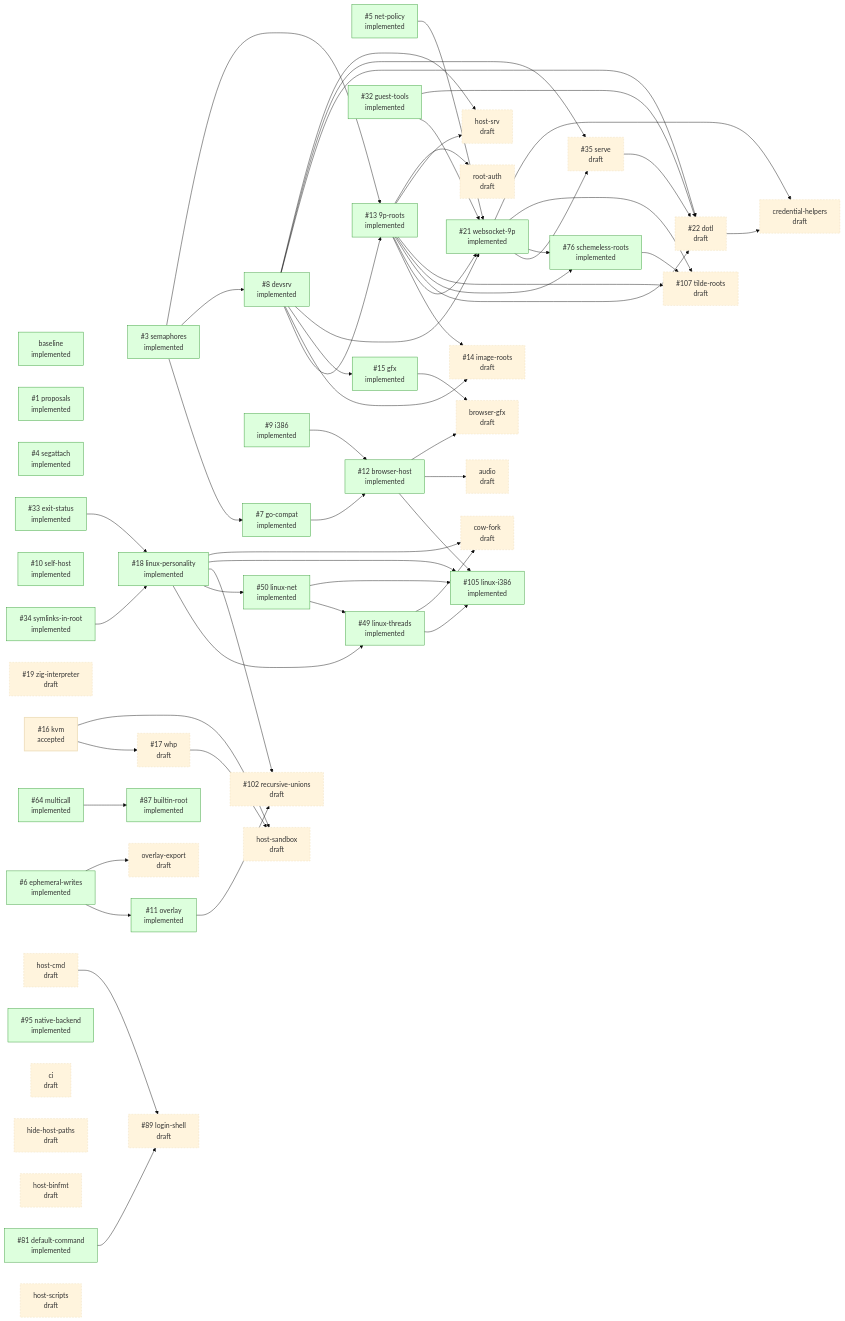
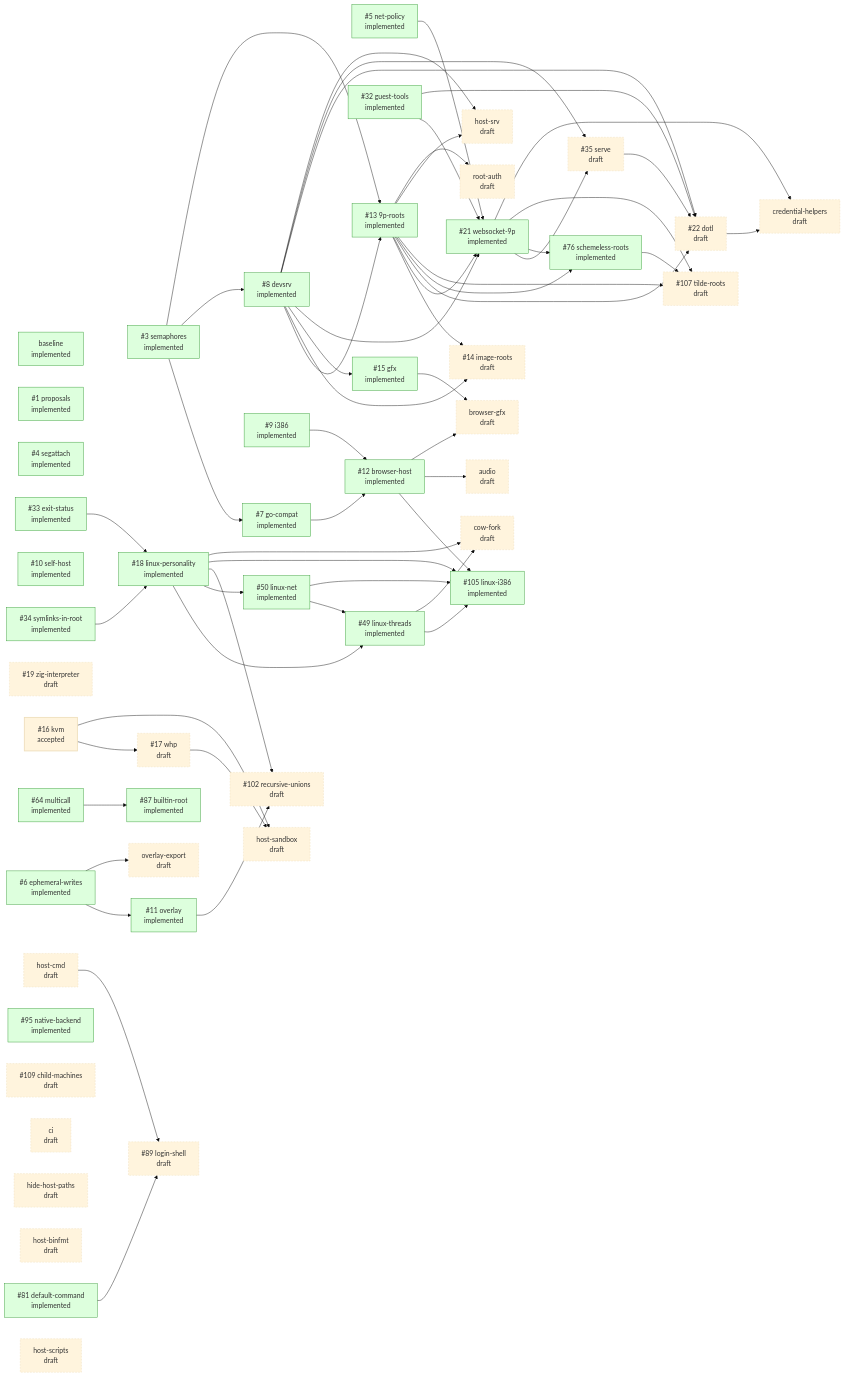
The diagram in design/STATUS.md (progrium/hyper9), drawn with Mermaid (base theme) before and after one commit. The commit also changed other lines of this file, not shown here.

Commit message:
design: regenerate STATUS.md

```diff
--- a/design/STATUS.md
+++ b/design/STATUS.md
@@ -98,6 +99,7 @@
   p_recursive_unions["#35;102 recursive-unions<br/>draft"]:::draft
   p_linux_i386["#35;105 linux-i386<br/>implemented"]:::implemented
   p_tilde_roots["#35;107 tilde-roots<br/>draft"]:::draft
+  p_child_machines["#35;109 child-machines<br/>draft"]:::draft
   p_audio["audio<br/>draft"]:::draft
   p_browser_gfx["browser-gfx<br/>draft"]:::draft
   p_ci["ci<br/>draft"]:::draft
```
